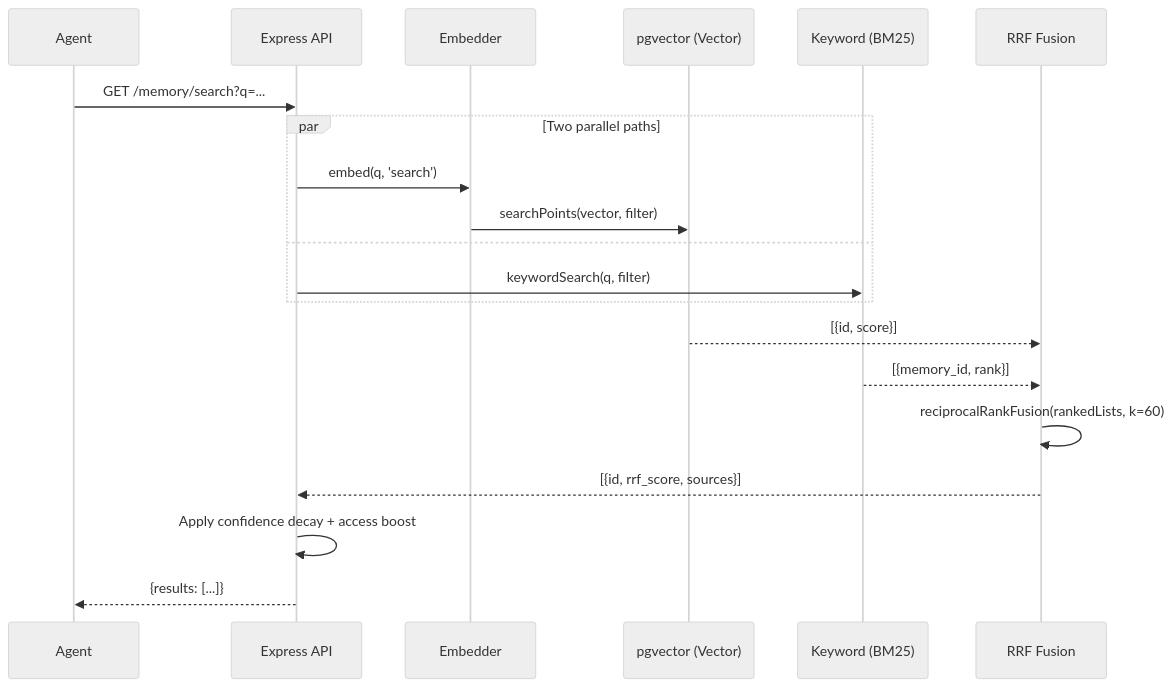
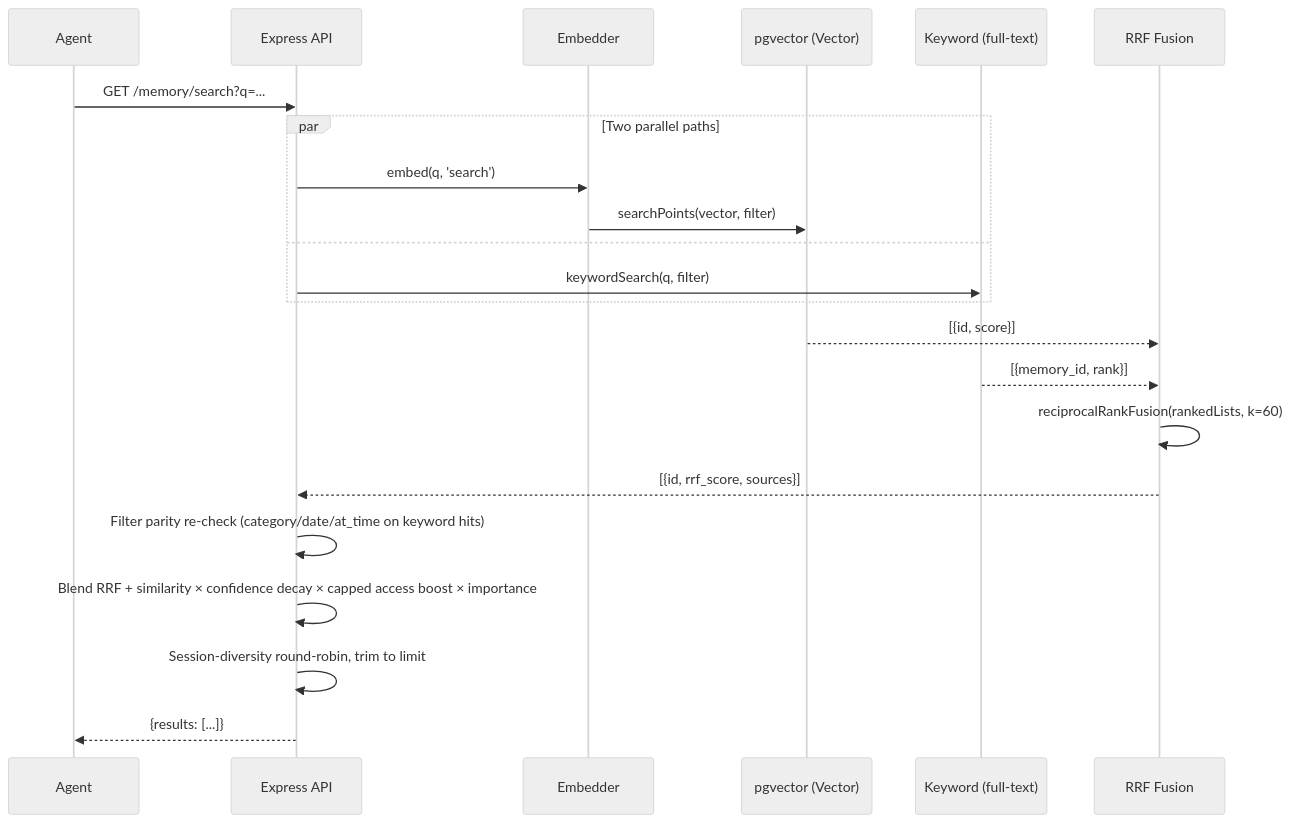
The third of 4 diagrams in docs/architecture.md (ZenSystemAI/Zengram), drawn with Mermaid (neutral theme) before and after one commit. The commit also changed other lines of this file and 14 other files, not shown here.

````diff
--- a/docs/architecture.md
+++ b/docs/architecture.md
@@ -176,23 +176,25 @@
 ```mermaid
 sequenceDiagram
     participant A as Agent
     participant API as Express API
     participant E as Embedder
     participant Q as pgvector (Vector)
-    participant KW as Keyword (BM25)
+    participant KW as Keyword (full-text)
     participant RRF as RRF Fusion
 
     A->>API: GET /memory/search?q=...
     par Two parallel paths
         API->>E: embed(q, 'search')
         E->>Q: searchPoints(vector, filter)
     and
         API->>KW: keywordSearch(q, filter)
     end
     Q-->>RRF: [{id, score}]
     KW-->>RRF: [{memory_id, rank}]
     RRF->>RRF: reciprocalRankFusion(rankedLists, k=60)
     RRF-->>API: [{id, rrf_score, sources}]
-    API->>API: Apply confidence decay + access boost
+    API->>API: Filter parity re-check (category/date/at_time on keyword hits)
+    API->>API: Blend RRF + similarity × confidence decay × capped access boost × importance
+    API->>API: Session-diversity round-robin, trim to limit
     API-->>A: {results: [...]}
 ```
````
